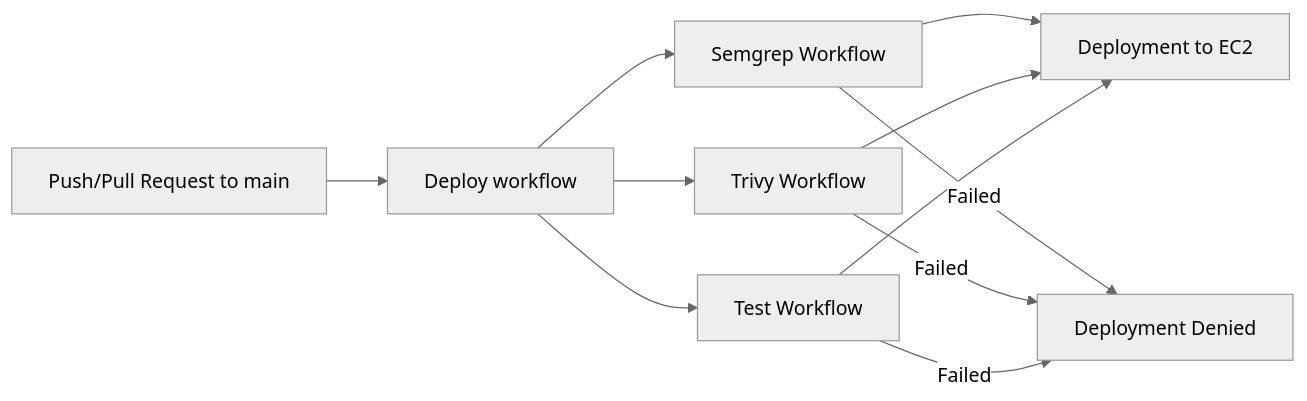
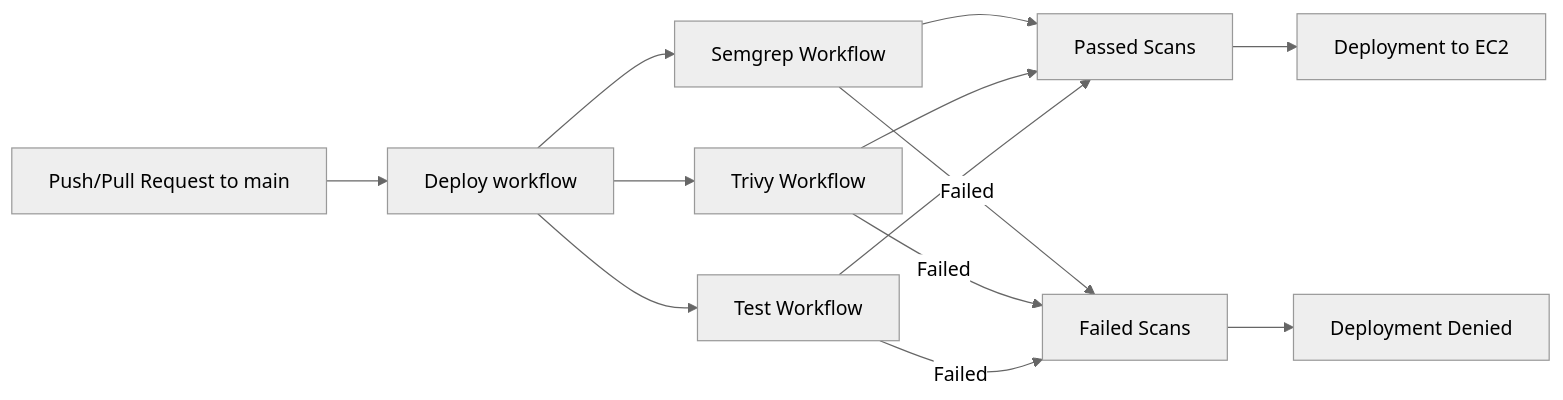
One commit to MGyawu/oddjobs changed the third of 3 diagrams in README.md. Above: the diagram before and after it, drawn with Mermaid (neutral theme). The commit also changed other lines of this file, not shown here.

Commit message:
Revise workflow diagram in README.md
Updated workflow diagram to reflect scan results and deployment status.

````diff
--- a/README.md
+++ b/README.md
@@ -45,17 +46,19 @@
 ``` mermaid
 flowchart LR
 A[Push/Pull Request to main] --> B[Deploy workflow]
 
 B --> C[Semgrep Workflow]
 B --> D[Trivy Workflow]
 B --> E[Test Workflow]
 
-C --> F[Deployment to EC2]
+C --> F[Passed Scans]
 D --> F
 E --> F
 
-C --> |Failed| G[Deployment Denied]
+C --> |Failed| G[Failed Scans]
 D --> |Failed| G
 E --> |Failed| G
 
+F --> H[Deployment to EC2]
+G --> I[Deployment Denied]
 ```
````
